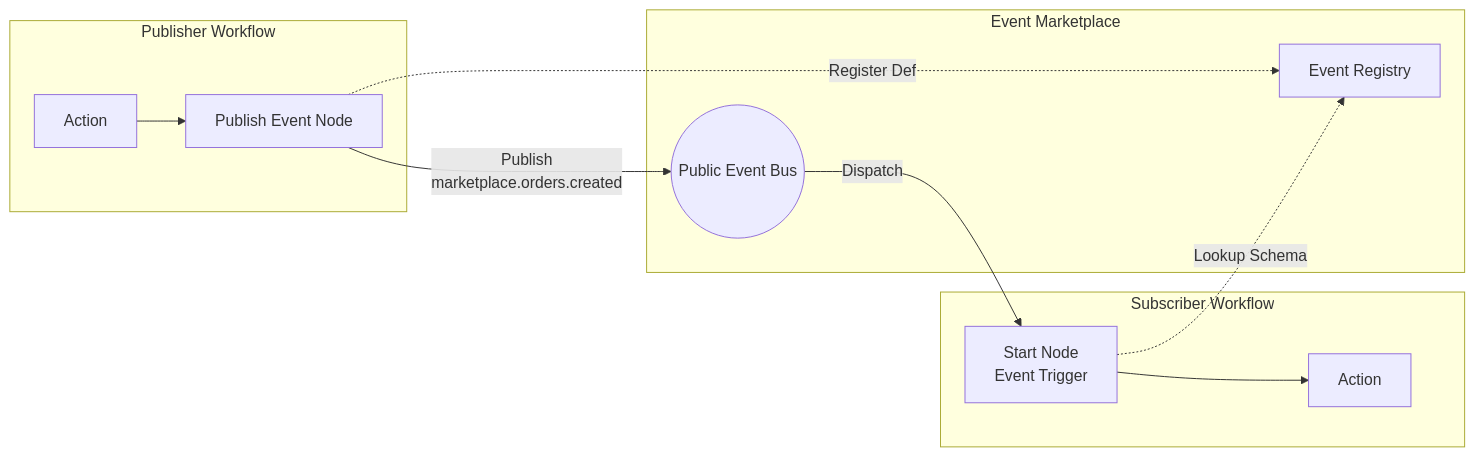
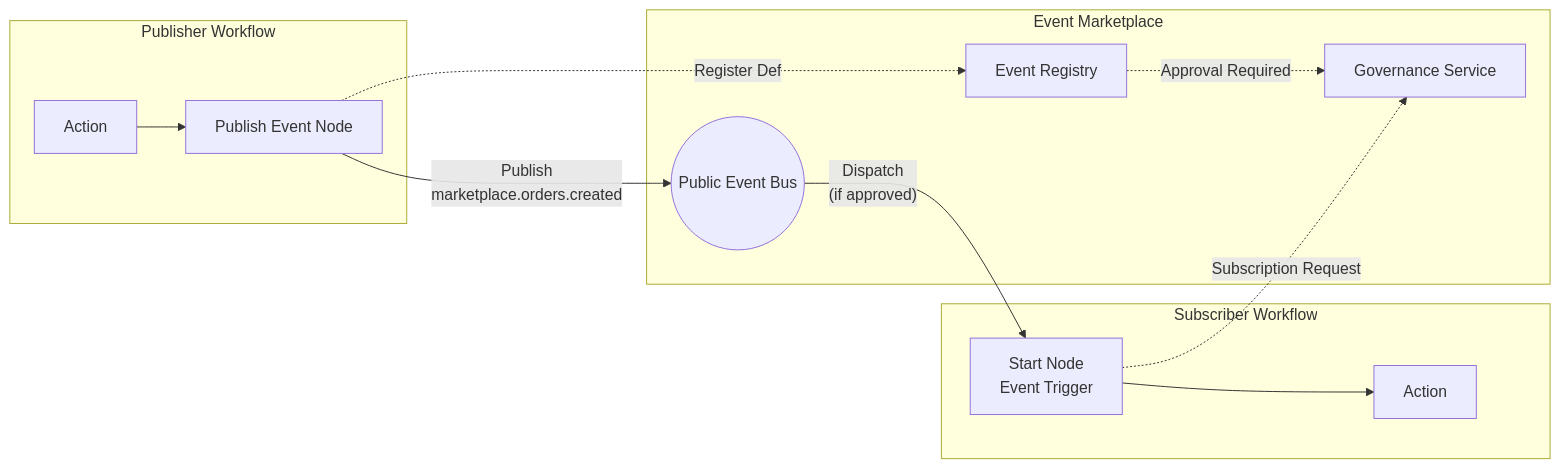
Before and after one commit to hao0731/workflow: the second of 2 diagrams in docs/technical-design.md, drawn with Mermaid. The commit also changed other lines of this file and 1 other file, not shown here.

````diff
--- a/docs/technical-design.md
+++ b/docs/technical-design.md
@@ -472,21 +473,23 @@
 ```mermaid
 graph LR
     subgraph "Publisher Workflow"
         Step1[Action] --> PubNode[Publish Event Node]
     end
 
     subgraph "Event Marketplace"
         Bus((Public Event Bus))
         Registry[Event Registry]
+        Governance[Governance Service]
     end
 
     subgraph "Subscriber Workflow"
         Trigger[Start Node<br/>Event Trigger] --> Step2[Action]
     end
 
     PubNode -- "Publish<br/>marketplace.orders.created" --> Bus
     PubNode -. "Register Def" .-> Registry
+    Registry -. "Approval Required" .-> Governance
     
-    Bus -- "Dispatch" --> Trigger
-    Trigger -. "Lookup Schema" .-> Registry
+    Bus -- "Dispatch<br/>(if approved)" --> Trigger
+    Trigger -. "Subscription Request" .-> Governance
 ```
````
